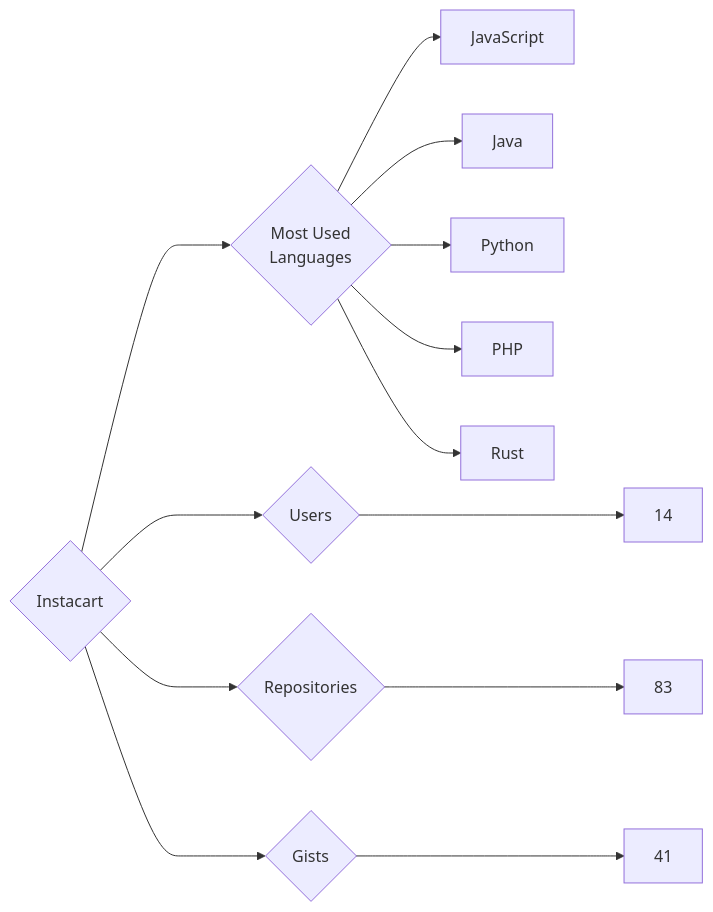
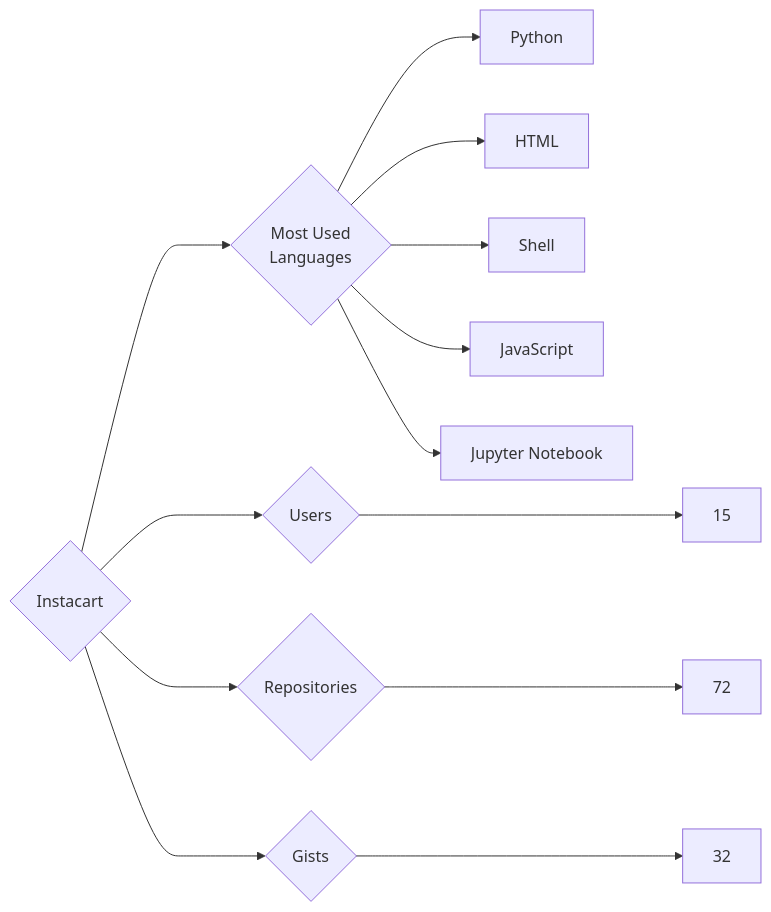
One commit to trickest/insiders changed the diagram in targets/Instacart/README.md. Above: the diagram before and after it, drawn with Mermaid. The commit also changed 1055 other files, not shown here.

````diff
--- a/targets/Instacart/README.md
+++ b/targets/Instacart/README.md
@@ -3,13 +3,13 @@
 ```mermaid
 graph LR
 COMPANY_NAME{Instacart}
-COMPANY_NAME ---> U{Users} ---> UN[14]
-COMPANY_NAME ---> R{Repositories} ---> RN[83]
-COMPANY_NAME ---> G{Gists} ---> GN[41]
+COMPANY_NAME ---> U{Users} ---> UN[15]
+COMPANY_NAME ---> R{Repositories} ---> RN[72]
+COMPANY_NAME ---> G{Gists} ---> GN[32]
 COMPANY_NAME ---> ML{Most Used<br>Languages}
+ML --> Python[Python]
+ML --> HTML[HTML]
+ML --> Shell[Shell]
 ML --> JavaScript[JavaScript]
-ML --> Java[Java]
-ML --> Python[Python]
-ML --> PHP[PHP]
-ML --> Rust[Rust]
+ML --> Jupyter_Notebook[Jupyter Notebook]
 ```
````
